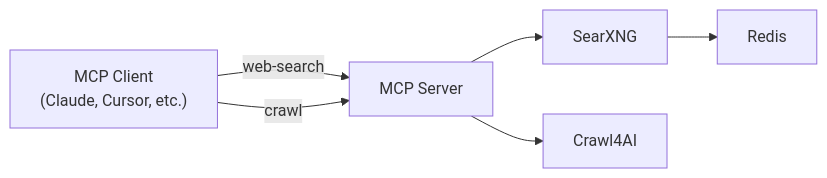
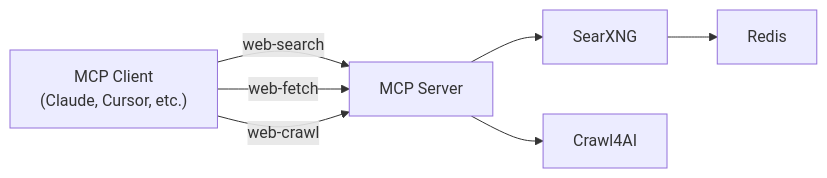
One commit to arnaudjnn/web-search-mcp changed the diagram in README.md. Above: the diagram before and after it, drawn with Mermaid. The commit also changed other lines of this file and 2 other files, not shown here.

First line of the commit message:
Add web-fetch tool and rename crawl to web-crawl

````diff
--- a/README.md
+++ b/README.md
@@ -7,8 +7,9 @@
 ```mermaid
 graph LR
     Client["MCP Client<br/>(Claude, Cursor, etc.)"] -->|web-search| Server["MCP Server"]
-    Client -->|crawl| Server
+    Client -->|web-fetch| Server
+    Client -->|web-crawl| Server
     Server --> SearXNG
     SearXNG --> Redis
     Server --> Crawl4AI
 ```
````
